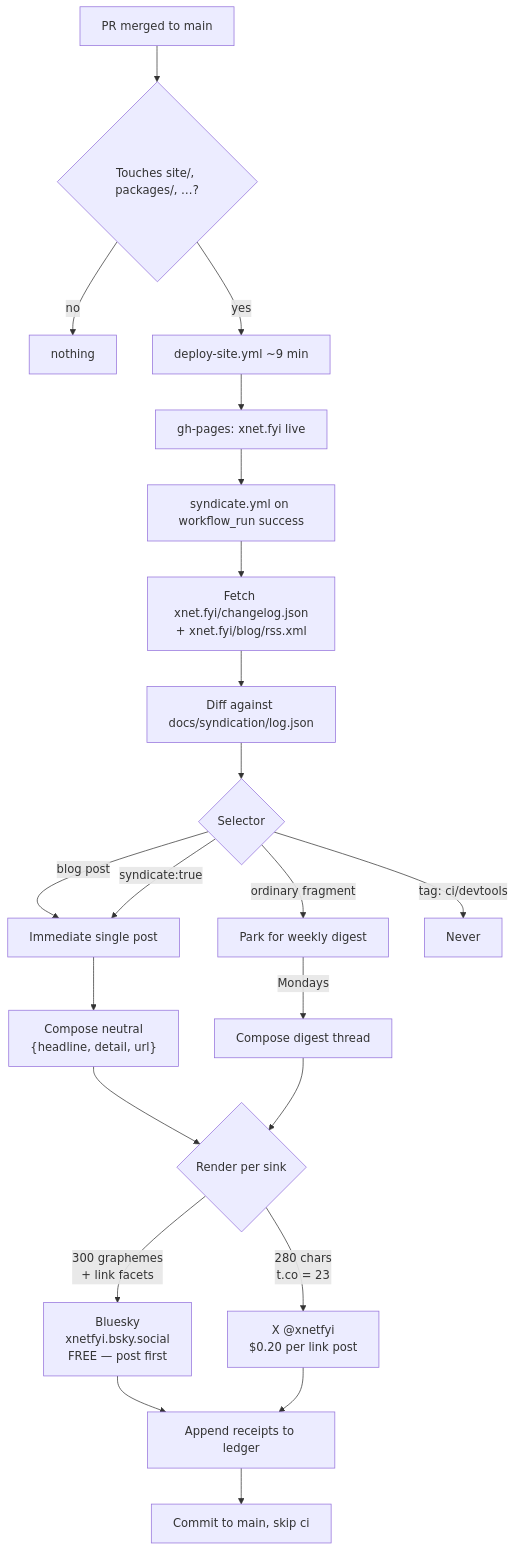
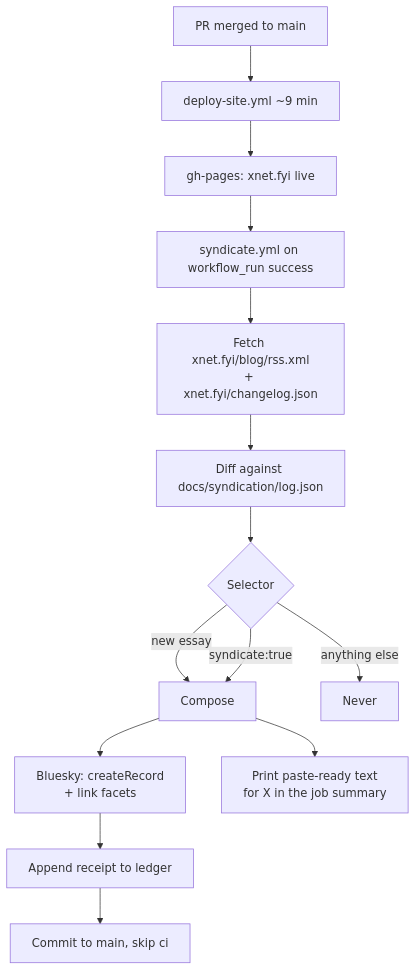
Before and after one commit to crs48/xNet: the second of 4 diagrams in docs/explorations/0432_[-]_POSSE_SYNDICATION_TO_X_AND_BLUESKY.md, drawn with Mermaid. The commit also changed other lines of this file, not shown here.

First line of the commit message:
docs(exploration): narrow 0432 to Bluesky-only, no paid API

````diff
--- a/docs/explorations/0432_[-]_POSSE_SYNDICATION_TO_X_AND_BLUESKY.md
+++ b/docs/explorations/0432_[-]_POSSE_SYNDICATION_TO_X_AND_BLUESKY.md
@@ -468,24 +274,16 @@
 ```mermaid
 flowchart TD
-    A[PR merged to main] --> B{Touches site/, packages/, …?}
-    B -- no --> Z[nothing]
-    B -- yes --> C[deploy-site.yml ~9 min]
+    A[PR merged to main] --> C[deploy-site.yml ~9 min]
     C --> D[gh-pages: xnet.fyi live]
     D --> E[syndicate.yml on workflow_run success]
-    E --> F[Fetch xnet.fyi/changelog.json<br/>+ xnet.fyi/blog/rss.xml]
+    E --> F["Fetch xnet.fyi/blog/rss.xml<br/>+ xnet.fyi/changelog.json"]
     F --> G[Diff against docs/syndication/log.json]
     G --> H{Selector}
-    H -- blog post --> I[Immediate single post]
+    H -- new essay --> I[Compose]
     H -- syndicate:true --> I
-    H -- ordinary fragment --> J[Park for weekly digest]
-    H -- tag: ci/devtools --> K[Never]
-    I --> L["Compose neutral<br/>{headline, detail, url}"]
-    J -->|Mondays| M[Compose digest thread]
-    L --> N
-    M --> N{Render per sink}
-    N -->|300 graphemes<br/>+ link facets| P["Bluesky<br/>xnetfyi.bsky.social<br/>FREE — post first"]
-    N -->|280 chars<br/>t.co = 23| O["X @xnetfyi<br/>$0.20 per link post"]
-    P --> R[Append receipts to ledger]
-    O --> R
-    R --> S[Commit to main, skip ci]
+    H -- anything else --> K[Never]
+    I --> L["Bluesky: createRecord<br/>+ link facets"]
+    I --> M["Print paste-ready text<br/>for X in the job summary"]
+    L --> N[Append receipt to ledger]
+    N --> O[Commit to main, skip ci]
 ```
````
